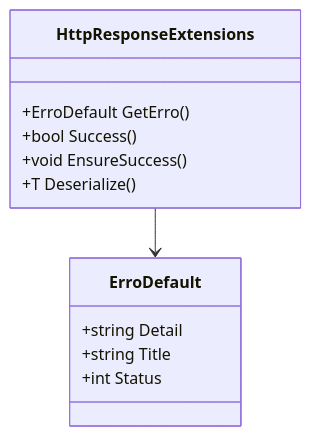
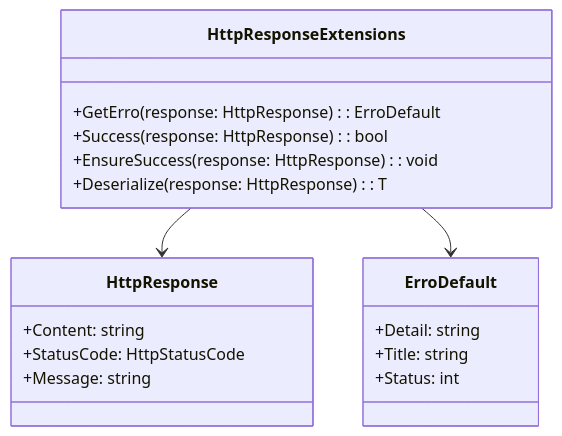
Before and after one commit to IsthmusSistemas/documentacao-tecnica: the diagram in docs/b2b-dominio/IsthmusWinthor.Nucleo/IsthmusWinthor.Dominio/Extensions/HttpResponseExtensions.md, drawn with Mermaid. The commit also changed other lines of this file and 882 other files, not shown here.

````diff
--- a/docs/b2b-dominio/IsthmusWinthor.Nucleo/IsthmusWinthor.Dominio/Extensions/HttpResponseExtensions.md
+++ b/docs/b2b-dominio/IsthmusWinthor.Nucleo/IsthmusWinthor.Dominio/Extensions/HttpResponseExtensions.md
@@ -63,17 +56,24 @@
 ```mermaid
 classDiagram
     class HttpResponseExtensions {
-        +ErroDefault GetErro()
-        +bool Success()
-        +void EnsureSuccess()
-        +T Deserialize<T>()
+        +GetErro(response: HttpResponse): ErroDefault
+        +Success(response: HttpResponse): bool
+        +EnsureSuccess(response: HttpResponse): void
+        +Deserialize<T>(response: HttpResponse): T
     }
-    
+  
     class ErroDefault {
-        +string Detail
-        +string Title
-        +int Status
+        +Detail: string
+        +Title: string
+        +Status: int
     }
 
+    class HttpResponse {
+        +Content: string
+        +StatusCode: HttpStatusCode
+        +Message: string
+    }
+  
+    HttpResponseExtensions --> HttpResponse
     HttpResponseExtensions --> ErroDefault
 ``` 
````
